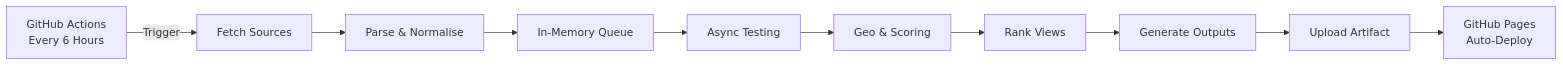
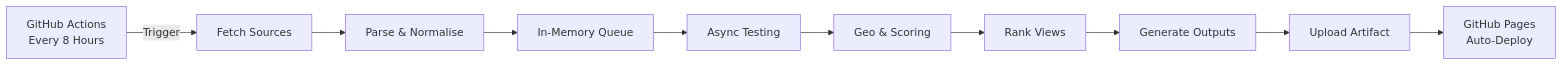
One commit to AmirrezaFarnamTaheri/ConfigStream changed the diagram in README.md. Above: the diagram before and after it, drawn with Mermaid. The commit also changed other lines of this file and 10 other files, not shown here.

````diff
--- a/README.md
+++ b/README.md
@@ -60,12 +60,12 @@
 ```mermaid
 graph LR
-    A[GitHub Actions<br/>Every 6 Hours] -->|Trigger| B[Fetch Sources]
+    A[GitHub Actions<br/>Every 8 Hours] -->|Trigger| B[Fetch Sources]
     B --> C[Parse & Normalise]
     C --> D[In-Memory Queue]
     D --> E[Async Testing]
     E --> F[Geo & Scoring]
     F --> G[Rank Views]
     G --> H[Generate Outputs]
     H --> I[Upload Artifact]
     I --> J[GitHub Pages<br/>Auto-Deploy]
 ```
````
